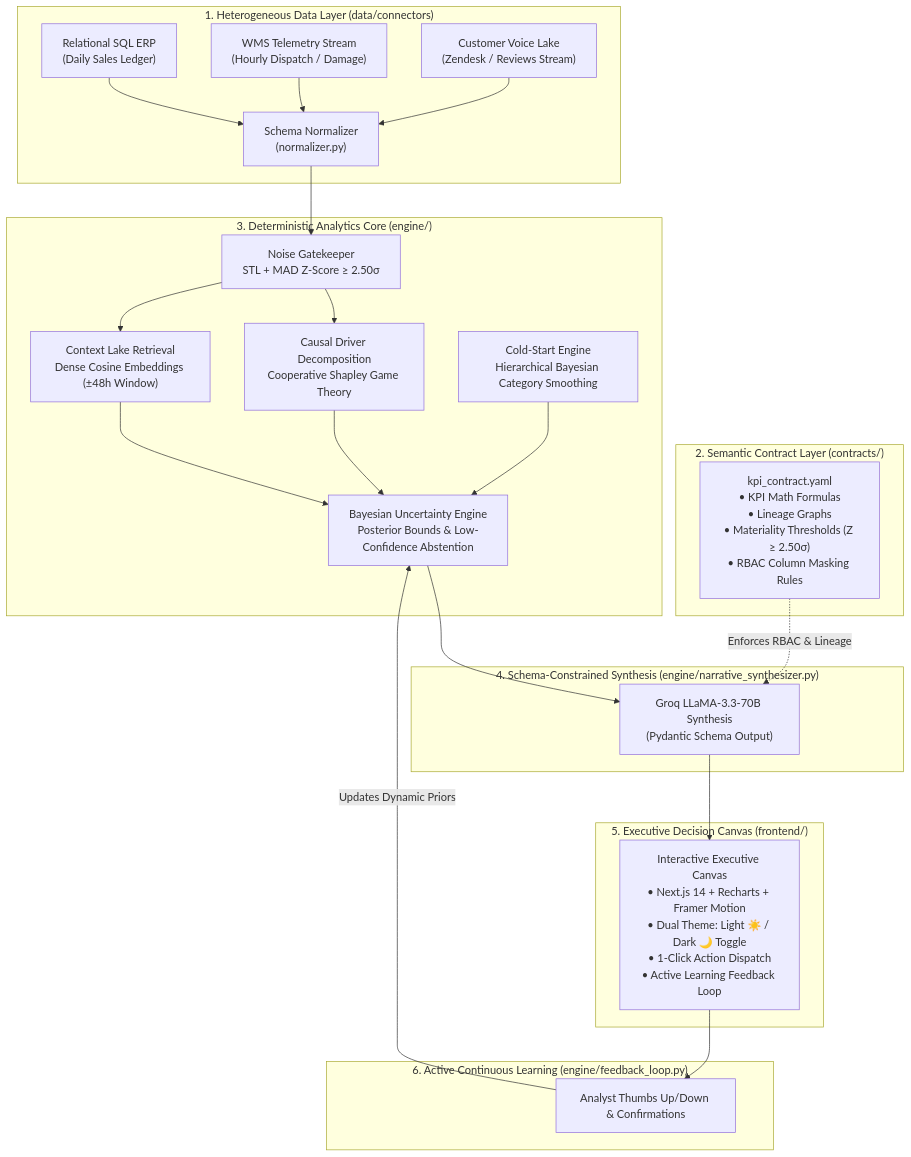
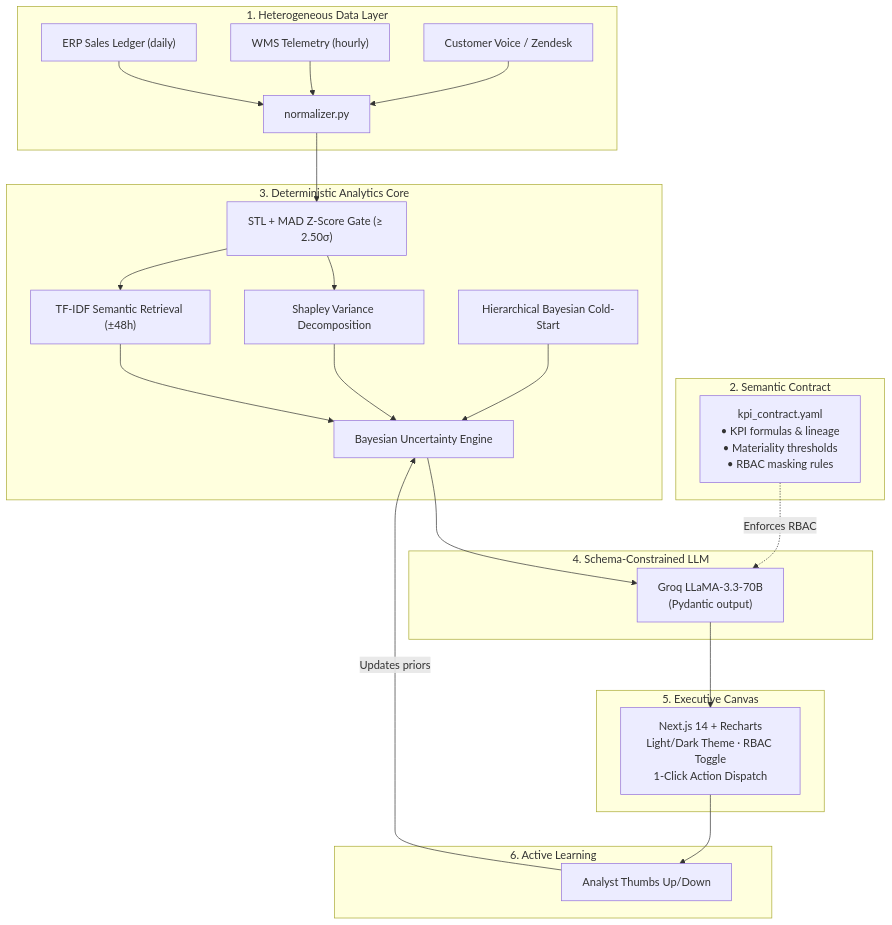
One commit to artignite3/BusinessIntelligence.ai changed the diagram in README.md. Above: the diagram before and after it, drawn with Mermaid. The commit also changed other lines of this file and 16 other files, not shown here.

````diff
--- a/README.md
+++ b/README.md
@@ -27,47 +23,47 @@
 ```mermaid
 flowchart TD
-    subgraph DataIngestion ["1. Heterogeneous Data Layer (data/connectors)"]
-        S1["Relational SQL ERP<br/>(Daily Sales Ledger)"]
-        S2["WMS Telemetry Stream<br/>(Hourly Dispatch / Damage)"]
-        S3["Customer Voice Lake<br/>(Zendesk / Reviews Stream)"]
-        NORM["Schema Normalizer<br/>(normalizer.py)"]
+    subgraph DataIngestion ["1. Heterogeneous Data Layer"]
+        S1["ERP Sales Ledger (daily)"]
+        S2["WMS Telemetry (hourly)"]
+        S3["Customer Voice / Zendesk"]
+        NORM["normalizer.py"]
         S1 --> NORM
         S2 --> NORM
         S3 --> NORM
     end
 
-    subgraph Governance ["2. Semantic Contract Layer (contracts/)"]
-        YAML["kpi_contract.yaml<br/>• KPI Math Formulas<br/>• Lineage Graphs<br/>• Materiality Thresholds (Z ≥ 2.50σ)<br/>• RBAC Column Masking Rules"]
+    subgraph Governance ["2. Semantic Contract"]
+        YAML["kpi_contract.yaml\n• KPI formulas & lineage\n• Materiality thresholds\n• RBAC masking rules"]
     end
 
-    subgraph AnalyticsEngine ["3. Deterministic Analytics Core (engine/)"]
-        ANOM["Noise Gatekeeper<br/>STL + MAD Z-Score ≥ 2.50σ"]
-        SHAP["Causal Driver Decomposition<br/>Cooperative Shapley Game Theory"]
-        VEC["Context Lake Retrieval<br/>Dense Cosine Embeddings (±48h Window)"]
-        BAYES["Bayesian Uncertainty Engine<br/>Posterior Bounds & Low-Confidence Abstention"]
-        COLD["Cold-Start Engine<br/>Hierarchical Bayesian Category Smoothing"]
+    subgraph Analytics ["3. Deterministic Analytics Core"]
+        ANOM["STL + MAD Z-Score Gate (≥ 2.50σ)"]
+        SHAP["Shapley Variance Decomposition"]
+        VEC["TF-IDF Semantic Retrieval (±48h)"]
+        BAYES["Bayesian Uncertainty Engine"]
+        COLD["Hierarchical Bayesian Cold-Start"]
         NORM --> ANOM
         ANOM --> SHAP
         ANOM --> VEC
         SHAP --> BAYES
         VEC --> BAYES
         COLD --> BAYES
     end
 
-    subgraph Synthesis ["4. Schema-Constrained Synthesis (engine/narrative_synthesizer.py)"]
-        SYNTH["Groq LLaMA-3.3-70B Synthesis<br/>(Pydantic Schema Output)"]
+    subgraph Synthesis ["4. Schema-Constrained LLM"]
+        SYNTH["Groq LLaMA-3.3-70B\n(Pydantic output)"]
         BAYES --> SYNTH
-        YAML -.->|Enforces RBAC & Lineage| SYNTH
+        YAML -.->|Enforces RBAC| SYNTH
     end
 
-    subgraph Presentation ["5. Executive Decision Canvas (frontend/)"]
-        DASH["Interactive Executive Canvas<br/>• Next.js 14 + Recharts + Framer Motion<br/>• Dual Theme: Light ☀️ / Dark 🌙 Toggle<br/>• 1-Click Action Dispatch<br/>• Active Learning Feedback Loop"]
+    subgraph Presentation ["5. Executive Canvas"]
+        DASH["Next.js 14 + Recharts\nLight/Dark Theme · RBAC Toggle\n1-Click Action Dispatch"]
         SYNTH --> DASH
     end
 
-    subgraph Feedback ["6. Active Continuous Learning (engine/feedback_loop.py)"]
-        ACT["Analyst Thumbs Up/Down & Confirmations"]
+    subgraph Feedback ["6. Active Learning"]
+        ACT["Analyst Thumbs Up/Down"]
         DASH --> ACT
-        ACT -->|Updates Dynamic Priors| BAYES
+        ACT -->|Updates priors| BAYES
     end
 ```
````
